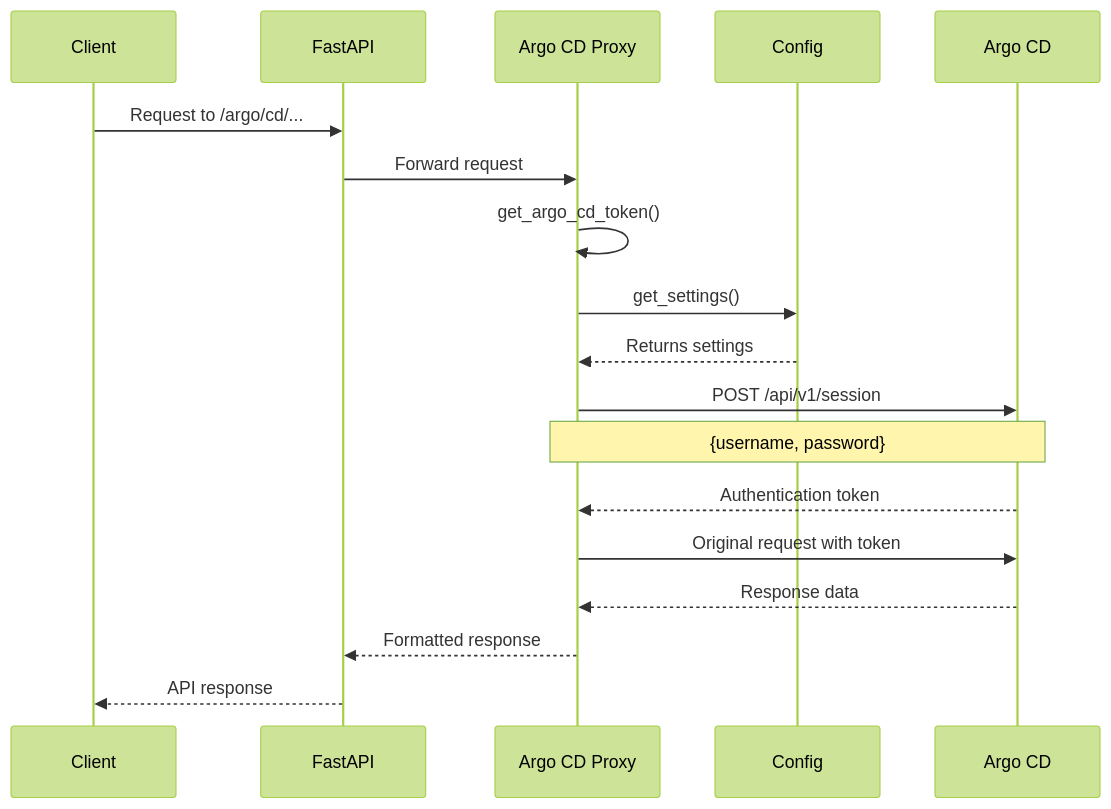
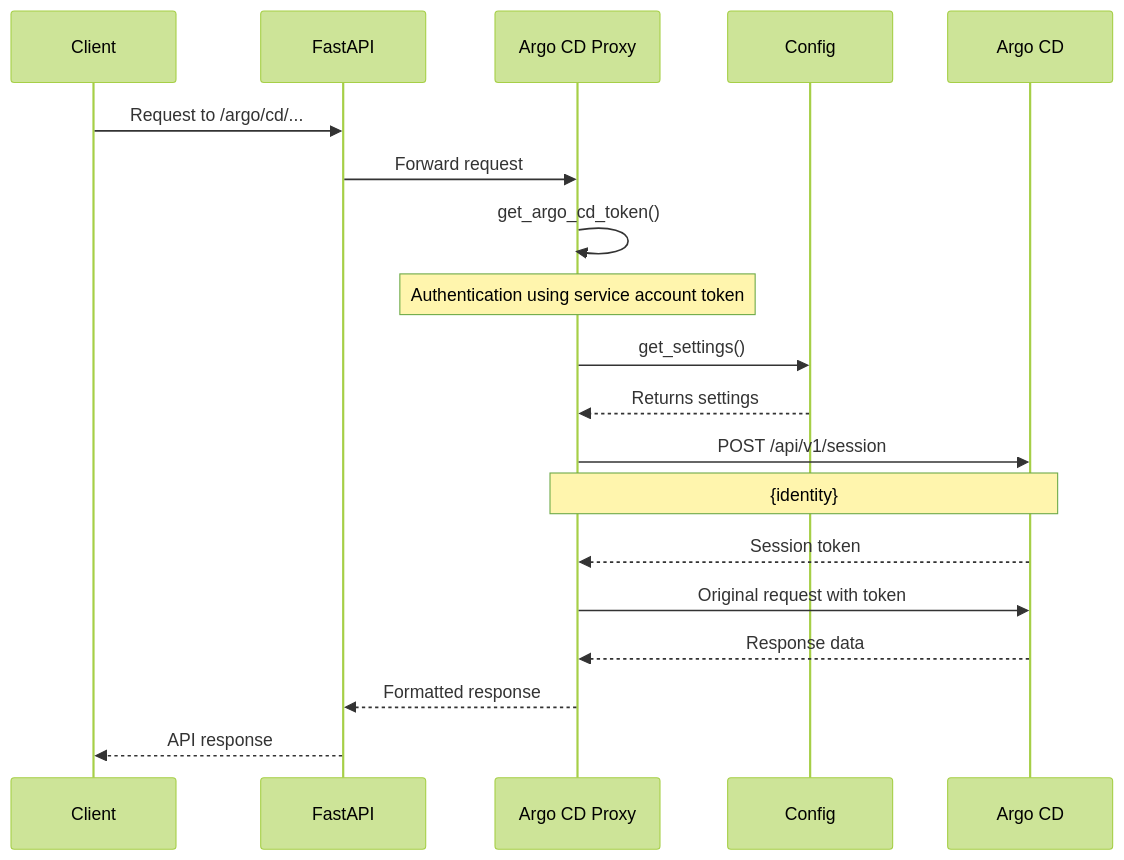
One commit to lloydchang/tvp-k8s changed the ninth of 11 diagrams in README.md. Above: the diagram before and after it, drawn with Mermaid (forest theme).

````diff
--- a/README.md
+++ b/README.md
@@ -668,23 +668,24 @@
 ```mermaid
 sequenceDiagram
     participant Client
     participant FastAPI
     participant Argo CD Proxy
     participant Config
     participant Argo CD
     
     Client->>FastAPI: Request to /argo/cd/...
     FastAPI->>Argo CD Proxy: Forward request
     Argo CD Proxy->>Argo CD Proxy: get_argo_cd_token()
+    Note over Argo CD Proxy: Authentication using service account token
     Argo CD Proxy->>Config: get_settings()
     Config-->>Argo CD Proxy: Returns settings
     
     Argo CD Proxy->>Argo CD: POST /api/v1/session
-    Note over Argo CD Proxy,Argo CD: {username, password}
-    Argo CD-->>Argo CD Proxy: Authentication token
+    Note over Argo CD Proxy,Argo CD: {identity}
+    Argo CD-->>Argo CD Proxy: Session token
     
     Argo CD Proxy->>Argo CD: Original request with token
     Argo CD-->>Argo CD Proxy: Response data
     Argo CD Proxy-->>FastAPI: Formatted response
     FastAPI-->>Client: API response
 ```
````
